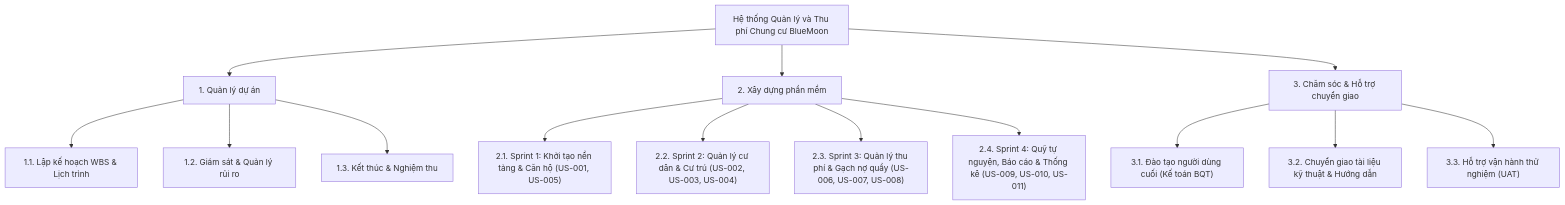
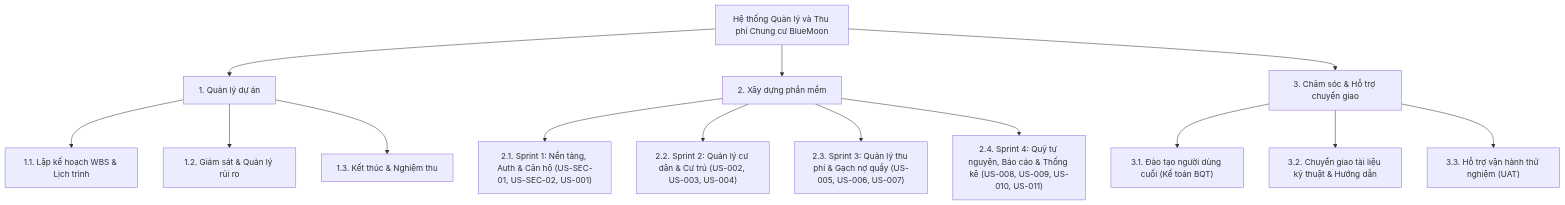
The first of 2 diagrams in docs/01_requirements_and_planning/09_ke_hoach_du_an_chi_tiet.md (Cnpm-Svbk-Team13/BlueMoon-Apartment-Management-System), drawn with Mermaid before and after one commit. The commit also changed other lines of this file and 26 other files, not shown here.

````diff
--- a/docs/01_requirements_and_planning/09_ke_hoach_du_an_chi_tiet.md
+++ b/docs/01_requirements_and_planning/09_ke_hoach_du_an_chi_tiet.md
@@ -68,21 +68,21 @@
 ```mermaid
 graph TD
     BMS["Hệ thống Quản lý và Thu phí Chung cư BlueMoon"]
     
     BMS --> M1["1. Quản lý dự án"]
     BMS --> M2["2. Xây dựng phần mềm"]
     BMS --> M3["3. Chăm sóc & Hỗ trợ chuyển giao"]
     
     M1 --> M11["1.1. Lập kế hoạch WBS & Lịch trình"]
     M1 --> M12["1.2. Giám sát & Quản lý rủi ro"]
     M1 --> M13["1.3. Kết thúc & Nghiệm thu"]
     
-    M2 --> S1["2.1. Sprint 1: Khởi tạo nền tảng & Căn hộ (US-001, US-005)"]
+    M2 --> S1["2.1. Sprint 1: Nền tảng, Auth & Căn hộ (US-SEC-01, US-SEC-02, US-001)"]
     M2 --> S2["2.2. Sprint 2: Quản lý cư dân & Cư trú (US-002, US-003, US-004)"]
-    M2 --> S3["2.3. Sprint 3: Quản lý thu phí & Gạch nợ quầy (US-006, US-007, US-008)"]
-    M2 --> S4["2.4. Sprint 4: Quỹ tự nguyện, Báo cáo & Thống kê (US-009, US-010, US-011)"]
+    M2 --> S3["2.3. Sprint 3: Quản lý thu phí & Gạch nợ quầy (US-005, US-006, US-007)"]
+    M2 --> S4["2.4. Sprint 4: Quỹ tự nguyện, Báo cáo & Thống kê (US-008, US-009, US-010, US-011)"]
     
     M3 --> M31["3.1. Đào tạo người dùng cuối (Kế toán BQT)"]
     M3 --> M32["3.2. Chuyển giao tài liệu kỹ thuật & Hướng dẫn"]
     M3 --> M33["3.3. Hỗ trợ vận hành thử nghiệm (UAT)"]
 ```
````
